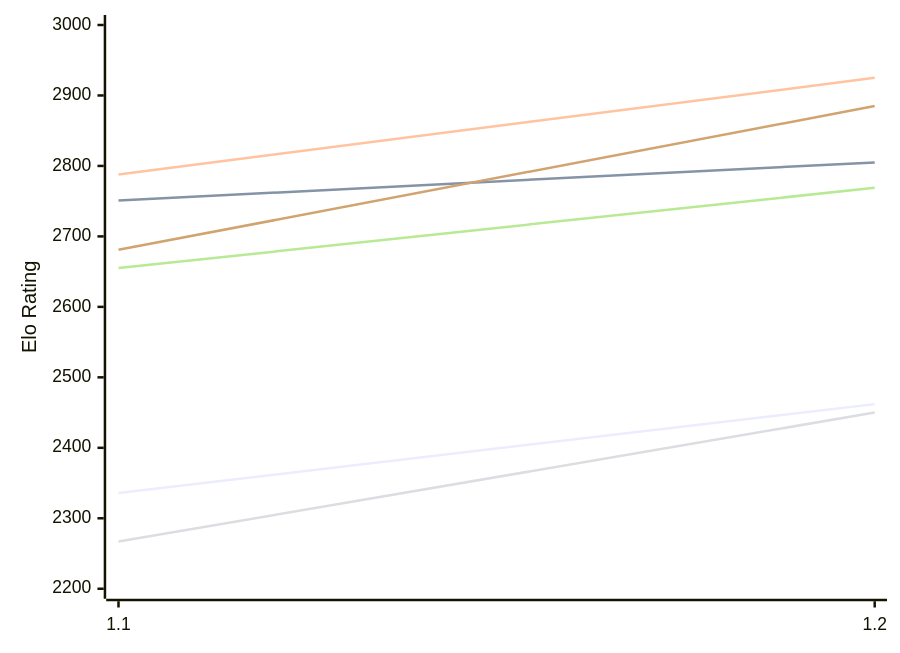
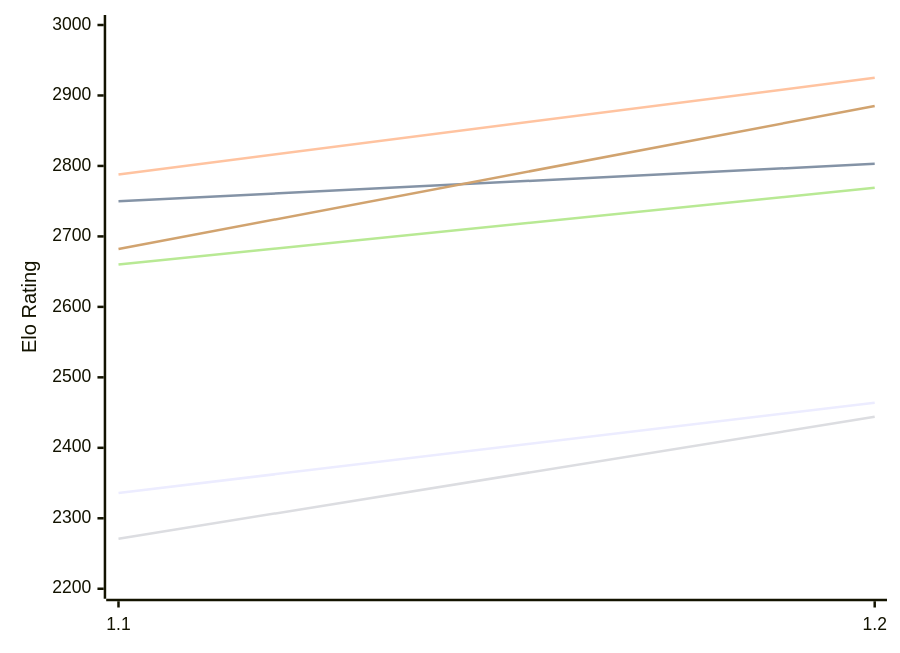
The first of 2 diagrams in engines/FoxChess.md (computer-chess-index/cci), drawn with Mermaid before and after one commit. The commit also changed other lines of this file, not shown here.

Commit message:
Update CCI Ratings (ELO VLTC) - 2026-11-19

````diff
--- a/engines/FoxChess.md
+++ b/engines/FoxChess.md
@@ -51,12 +51,12 @@
 ```mermaid
 %%{init: {"theme":"base","themeVariables":{"seriesColors:['#a3a3a3','#222221','#faa371']}}}%%
 xychart-beta
   x-axis ["1.1", "1.2"]
   y-axis "Elo Rating" 2200 --> 3000
-  line "E1: STC (8.0+0.08s)" [2336, 2462]
-  line "E1: LTC (60.0+0.60s)" [2751, 2805]
+  line "E1: STC (8.0+0.08s)" [2336, 2464]
+  line "E1: LTC (60.0+0.60s)" [2750, 2803]
   line "E1: VLTC (2m24s+1.12s)" [2788, 2925]
-  line "P1: STC (8.0+0.08s)" [2267, 2450]
-  line "P1: LTC (60.0+0.60s)" [2655, 2769]
-  line "P1: VLTC (2m24s+1.12s)" [2681, 2885]
+  line "P1: STC (8.0+0.08s)" [2271, 2444]
+  line "P1: LTC (60.0+0.60s)" [2660, 2769]
+  line "P1: VLTC (2m24s+1.12s)" [2682, 2885]
 ```
````
